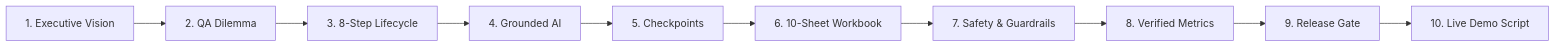
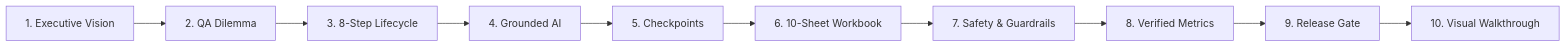
Before and after one commit to vinayasuresh/PiOne-Test-Automation: the diagram in presentation/PIONE_TESTMATE_V2_EXECUTIVE_PRESENTATION.md, drawn with Mermaid. The commit also changed other lines of this file and 37 other files, not shown here.

Commit message:
docs(presentation): add v2.5 full-flow screenshots and preserve v2 baselines

````diff
--- a/presentation/PIONE_TESTMATE_V2_EXECUTIVE_PRESENTATION.md
+++ b/presentation/PIONE_TESTMATE_V2_EXECUTIVE_PRESENTATION.md
@@ -12,12 +13,12 @@
 ```mermaid
 flowchart LR
     S1["1. Executive Vision"] --> S2["2. QA Dilemma"]
     S2 --> S3["3. 8-Step Lifecycle"]
     S3 --> S4["4. Grounded AI"]
     S4 --> S5["5. Checkpoints"]
     S5 --> S6["6. 10-Sheet Workbook"]
     S6 --> S7["7. Safety & Guardrails"]
     S7 --> S8["8. Verified Metrics"]
     S8 --> S9["9. Release Gate"]
-    S9 --> S10["10. Live Demo Script"]
+    S9 --> S10["10. Visual Walkthrough"]
 ```
````
